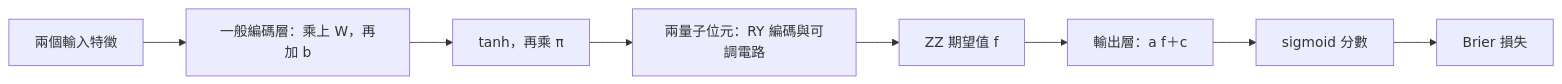
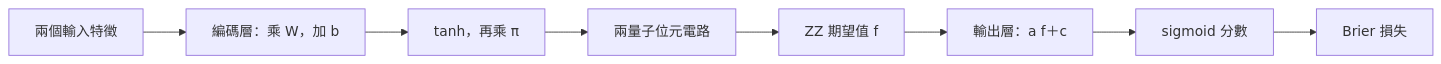
One commit to kancheng/qml-engineering-30-days changed the diagram in articles/day19/README.md. Above: the diagram before and after it, drawn with Mermaid. The commit also changed other lines of this file and 22 other files, not shown here.

````diff
--- a/articles/day19/README.md
+++ b/articles/day19/README.md
@@ -23,10 +21,10 @@
 ```mermaid
 flowchart LR
-    X[兩個輸入特徵] --> E[一般編碼層：乘上 W，再加 b]
+    X[兩個輸入特徵] --> E[編碼層：乘 W，加 b]
     E --> T[tanh，再乘 π]
-    T --> Q[兩量子位元：RY 編碼與可調電路]
+    T --> Q[兩量子位元電路]
     Q --> F[ZZ 期望值 f]
     F --> H[輸出層：a f＋c]
     H --> P[sigmoid 分數]
     P --> L[Brier 損失]
 ```
````
